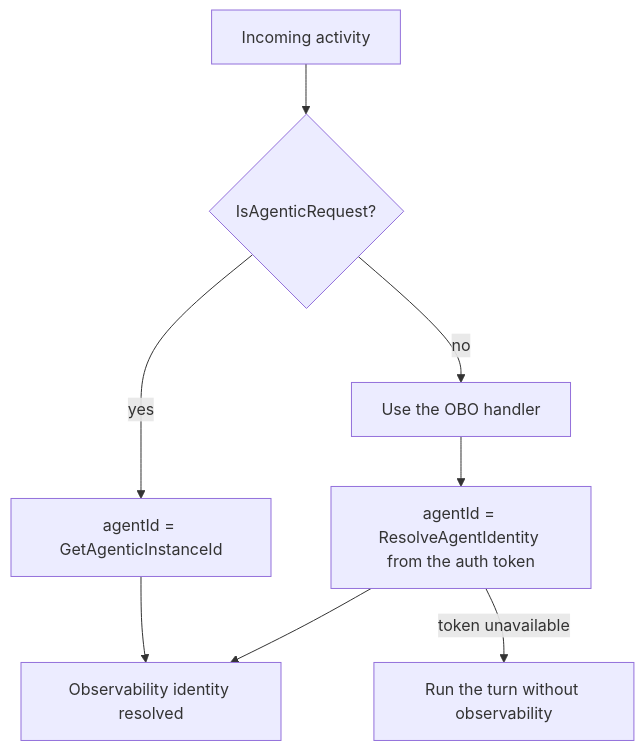
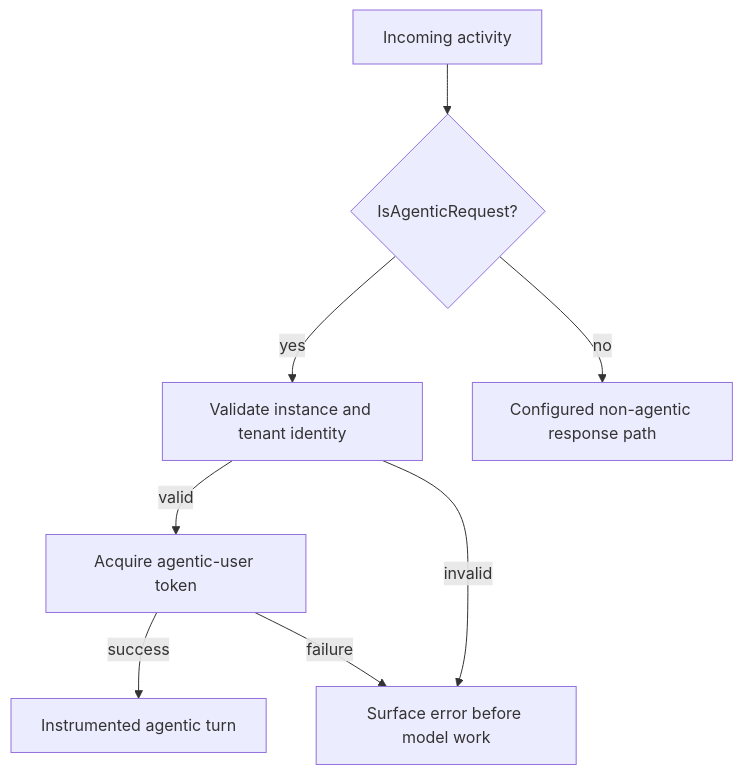
The third of 3 diagrams in 01-scenarios/AI-Teammate-Agent-Identity/2.Architecture.md (qmatteoq/agent365-runbook), drawn with Mermaid before and after one commit. The commit also changed other lines of this file and 37 other files, not shown here.

````diff
--- a/01-scenarios/AI-Teammate-Agent-Identity/2.Architecture.md
+++ b/01-scenarios/AI-Teammate-Agent-Identity/2.Architecture.md
@@ -125,10 +142,10 @@
 ```mermaid
 flowchart TD
     ACT[Incoming activity] --> Q{IsAgenticRequest?}
-    Q -->|yes| A1[agentId = GetAgenticInstanceId]
-    Q -->|no| A2[Use the OBO handler]
-    A2 --> A3[agentId = ResolveAgentIdentity from the auth token]
-    A1 --> OK[Observability identity resolved]
-    A3 --> OK
-    A3 -->|token unavailable| SKIP[Run the turn without observability]
+    Q -->|yes| A1[Validate instance and tenant identity]
+    A1 -->|valid| TOKEN[Acquire agentic-user token]
+    A1 -->|invalid| FAIL[Surface error before model work]
+    TOKEN -->|success| OK[Instrumented agentic turn]
+    TOKEN -->|failure| FAIL
+    Q -->|no| PLAIN[Configured non-agentic response path]
 ```
````
